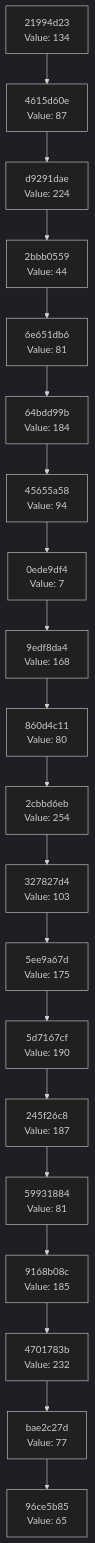
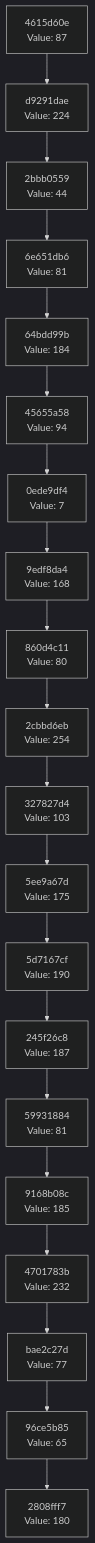
Before and after one commit to Abhisheksinha1506/hash-chain-evolver: the diagram in docs/CHAIN_VISUALIZATION.md, drawn with Mermaid (dark theme). The commit also changed 3 other files, not shown here.

````diff
--- a/docs/CHAIN_VISUALIZATION.md
+++ b/docs/CHAIN_VISUALIZATION.md
@@ -3,42 +3,42 @@
 ```mermaid
 graph TD
-    C0["96ce5b85<br/>Value: 65"]
-    C1["bae2c27d<br/>Value: 77"]
+    C0["2808fff7<br/>Value: 180"]
+    C1["96ce5b85<br/>Value: 65"]
     C1 --> C0
-    C2["4701783b<br/>Value: 232"]
+    C2["bae2c27d<br/>Value: 77"]
     C2 --> C1
-    C3["9168b08c<br/>Value: 185"]
+    C3["4701783b<br/>Value: 232"]
     C3 --> C2
-    C4["59931884<br/>Value: 81"]
+    C4["9168b08c<br/>Value: 185"]
     C4 --> C3
-    C5["245f26c8<br/>Value: 187"]
+    C5["59931884<br/>Value: 81"]
     C5 --> C4
-    C6["5d7167cf<br/>Value: 190"]
+    C6["245f26c8<br/>Value: 187"]
     C6 --> C5
-    C7["5ee9a67d<br/>Value: 175"]
+    C7["5d7167cf<br/>Value: 190"]
     C7 --> C6
-    C8["327827d4<br/>Value: 103"]
+    C8["5ee9a67d<br/>Value: 175"]
     C8 --> C7
-    C9["2cbbd6eb<br/>Value: 254"]
+    C9["327827d4<br/>Value: 103"]
     C9 --> C8
-    C10["860d4c11<br/>Value: 80"]
+    C10["2cbbd6eb<br/>Value: 254"]
     C10 --> C9
-    C11["9edf8da4<br/>Value: 168"]
+    C11["860d4c11<br/>Value: 80"]
     C11 --> C10
-    C12["0ede9df4<br/>Value: 7"]
+    C12["9edf8da4<br/>Value: 168"]
     C12 --> C11
-    C13["45655a58<br/>Value: 94"]
+    C13["0ede9df4<br/>Value: 7"]
     C13 --> C12
-    C14["64bdd99b<br/>Value: 184"]
+    C14["45655a58<br/>Value: 94"]
     C14 --> C13
-    C15["6e651db6<br/>Value: 81"]
+    C15["64bdd99b<br/>Value: 184"]
     C15 --> C14
-    C16["2bbb0559<br/>Value: 44"]
+    C16["6e651db6<br/>Value: 81"]
     C16 --> C15
-    C17["d9291dae<br/>Value: 224"]
+    C17["2bbb0559<br/>Value: 44"]
     C17 --> C16
-    C18["4615d60e<br/>Value: 87"]
+    C18["d9291dae<br/>Value: 224"]
     C18 --> C17
-    C19["21994d23<br/>Value: 134"]
+    C19["4615d60e<br/>Value: 87"]
     C19 --> C18
 ```
````
